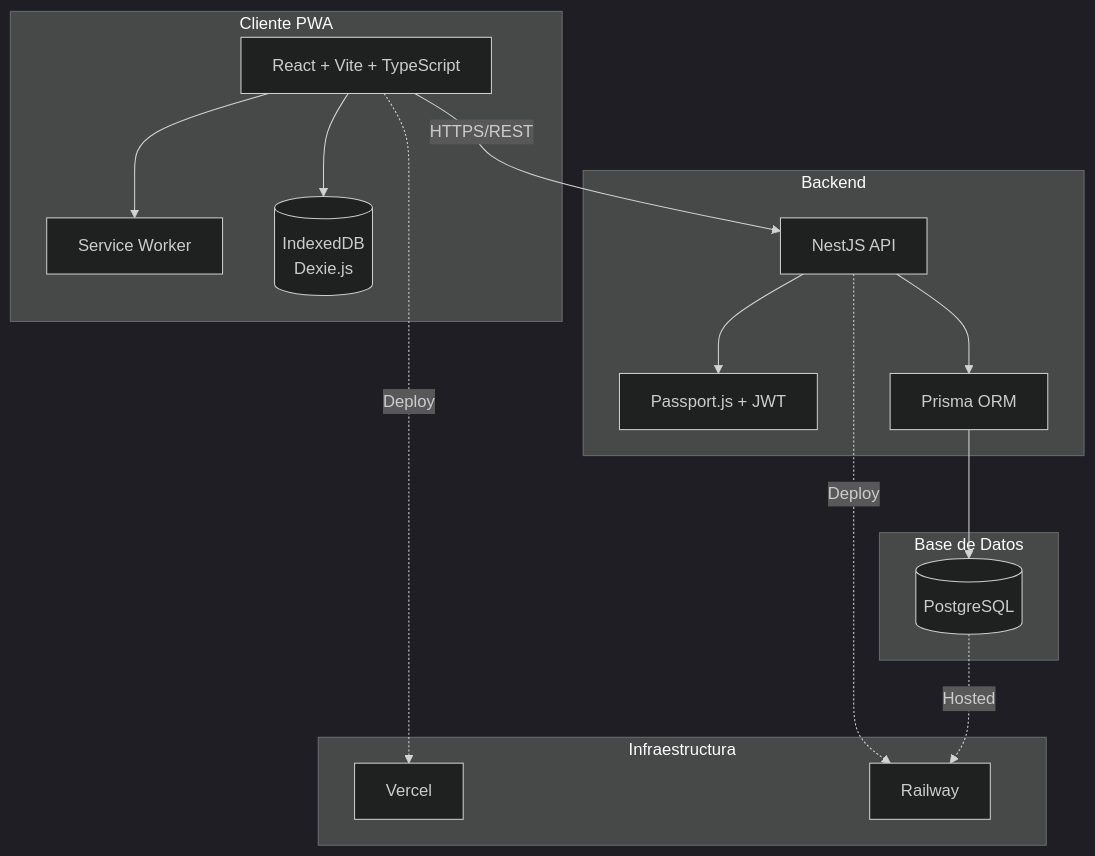
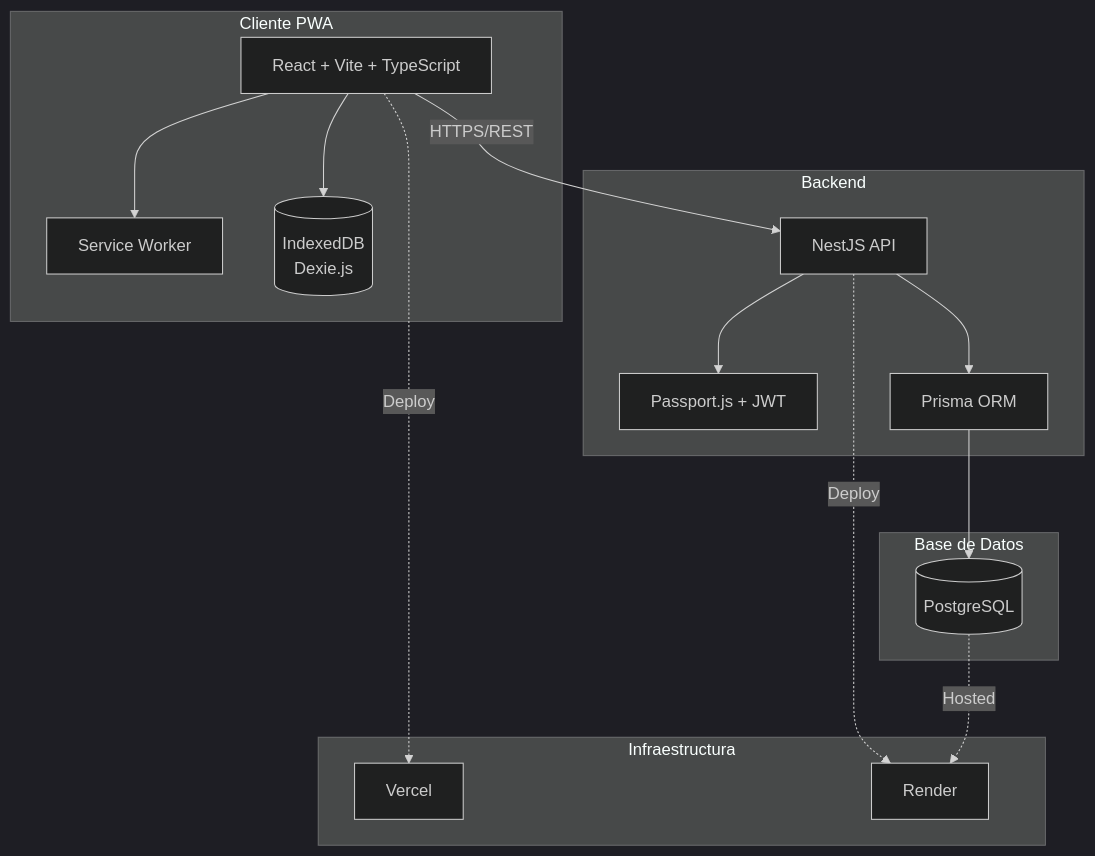
Before and after one commit to CarlosSJM/COLMENAPP: the first of 3 diagrams in README.md, drawn with Mermaid (dark theme). The commit also changed other lines of this file and 4 other files, not shown here.

````diff
--- a/README.md
+++ b/README.md
@@ -149,34 +149,34 @@
 ```mermaid
 graph TB
     subgraph "Cliente PWA"
         PWA[React + Vite + TypeScript]
         SW[Service Worker]
         IDB[(IndexedDB<br/>Dexie.js)]
     end
 
     subgraph "Backend"
         API[NestJS API]
         AUTH[Passport.js + JWT]
         PRISMA[Prisma ORM]
     end
 
     subgraph "Base de Datos"
         PG[(PostgreSQL)]
     end
 
     subgraph "Infraestructura"
         VERCEL[Vercel]
-        RAILWAY[Railway]
+        RENDER[Render]
     end
 
     PWA --> SW
     PWA --> IDB
     PWA -->|HTTPS/REST| API
     API --> AUTH
     API --> PRISMA
     PRISMA --> PG
 
     PWA -.->|Deploy| VERCEL
-    API -.->|Deploy| RAILWAY
-    PG -.->|Hosted| RAILWAY
+    API -.->|Deploy| RENDER
+    PG -.->|Hosted| RENDER
 ```
````
